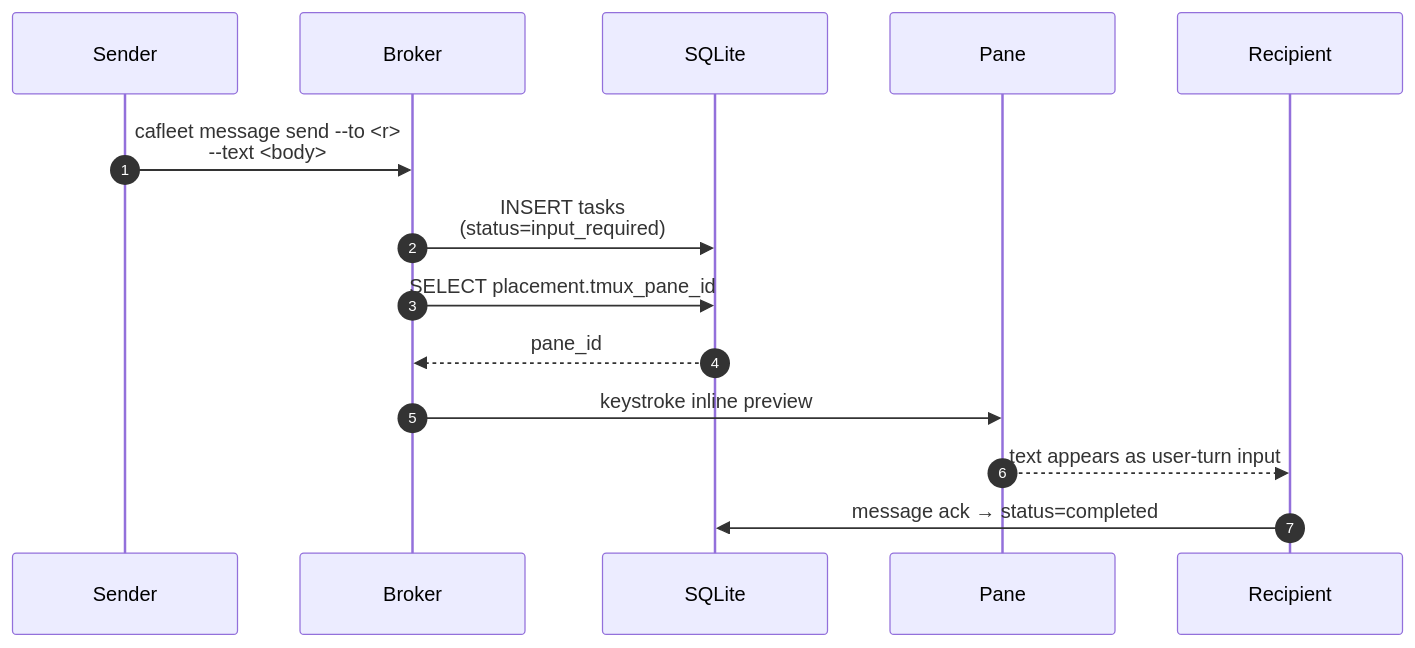
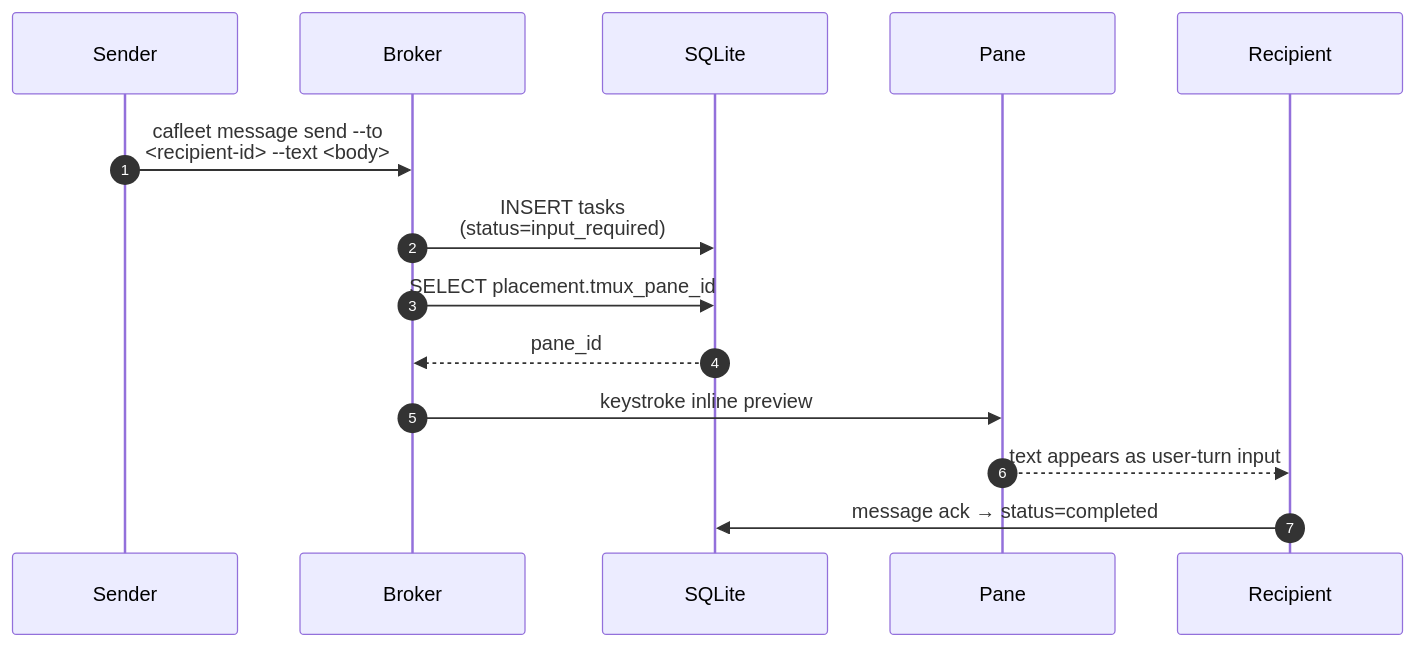
One commit to himkt/cafleet changed the diagram in docs/concepts/tmux-push.md. Above: the diagram before and after it, drawn with Mermaid. The commit also changed other lines of this file and 6 other files, not shown here.

````diff
--- a/docs/concepts/tmux-push.md
+++ b/docs/concepts/tmux-push.md
@@ -19,18 +19,18 @@
 ```mermaid
 %%{init: {'theme': 'default', 'sequence': {'actorFontSize': 18, 'messageFontSize': 16, 'noteFontSize': 16, 'wrap': true, 'width': 180}}}%%
 sequenceDiagram
     autonumber
     participant Sender
     participant Broker
     participant DB as SQLite
     participant Pane
     participant Recipient
 
-    Sender->>Broker: cafleet message send --to <r> --text <body>
+    Sender->>Broker: cafleet message send --to <recipient-id> --text <body>
     Broker->>DB: INSERT tasks (status=input_required)
     Broker->>DB: SELECT placement.tmux_pane_id
     DB-->>Broker: pane_id
     Broker->>Pane: keystroke inline preview
     Pane-->>Recipient: text appears as user-turn input
     Recipient->>DB: message ack → status=completed
 ```
````
